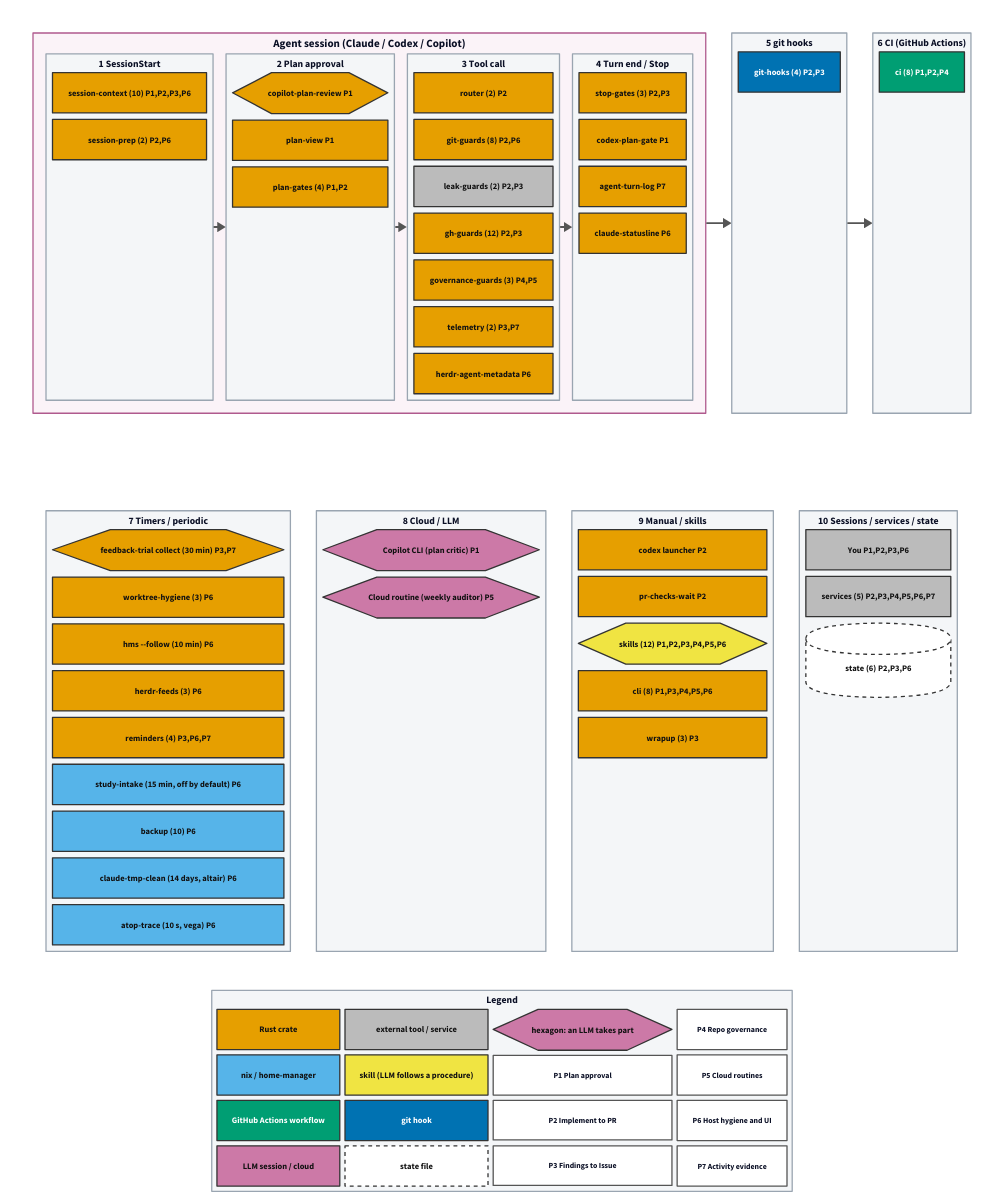
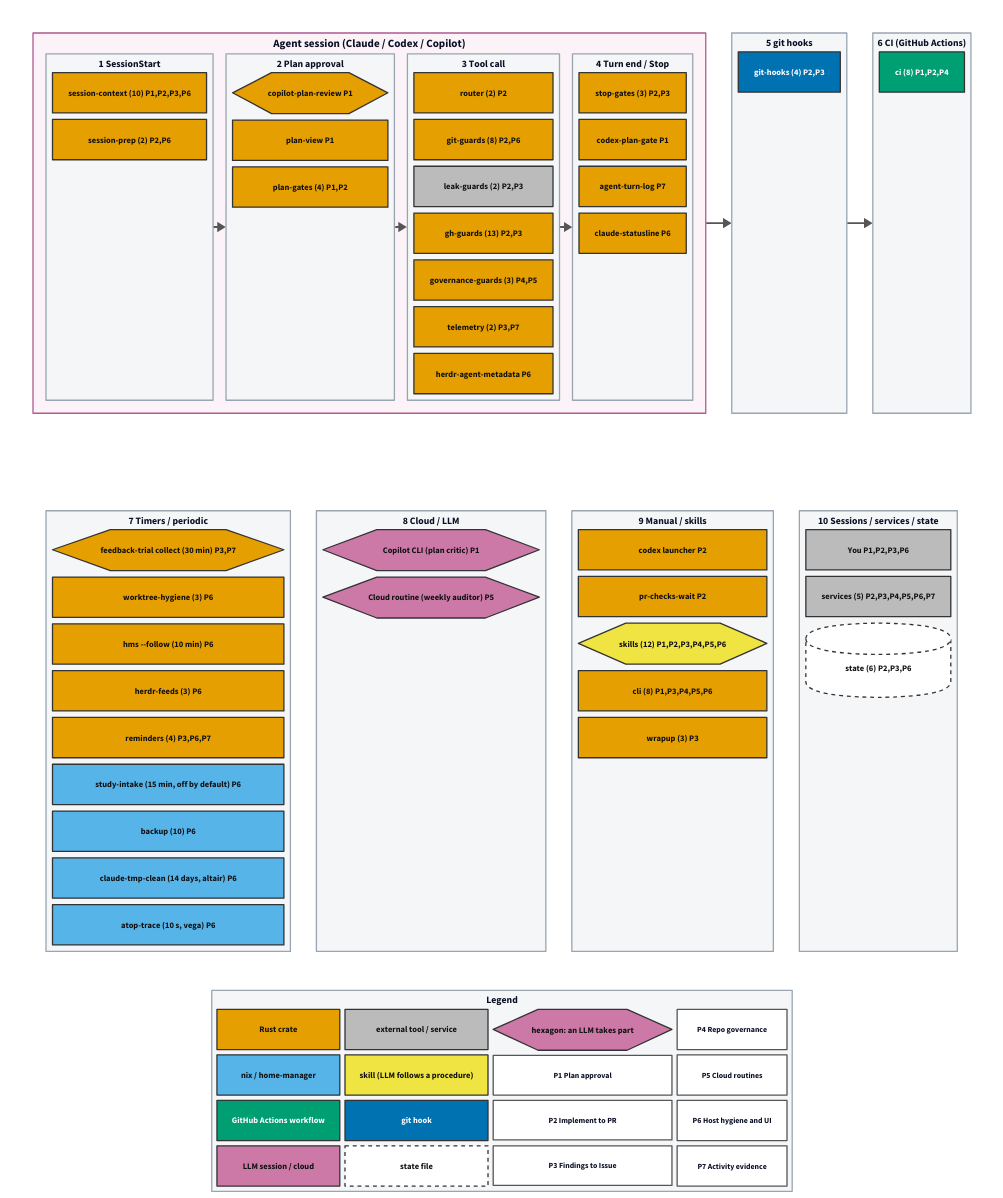
Before and after one commit to tarotene/dotfiles: the diagram in docs/assets/pipeline-map/overview.d2, drawn with D2. The commit also changed 14 other files, not shown here.

```diff
--- a/docs/assets/pipeline-map/overview.d2
+++ b/docs/assets/pipeline-map/overview.d2
@@ -213,7 +213,7 @@
       g_leak_guards: "leak-guards (2)  P2,P3" {
         class: s_external
       }
-      g_gh_guards: "gh-guards (12)  P2,P3" {
+      g_gh_guards: "gh-guards (13)  P2,P3" {
         class: s_rust
       }
       g_governance_guards: "governance-guards (3)  P4,P5" {
```
